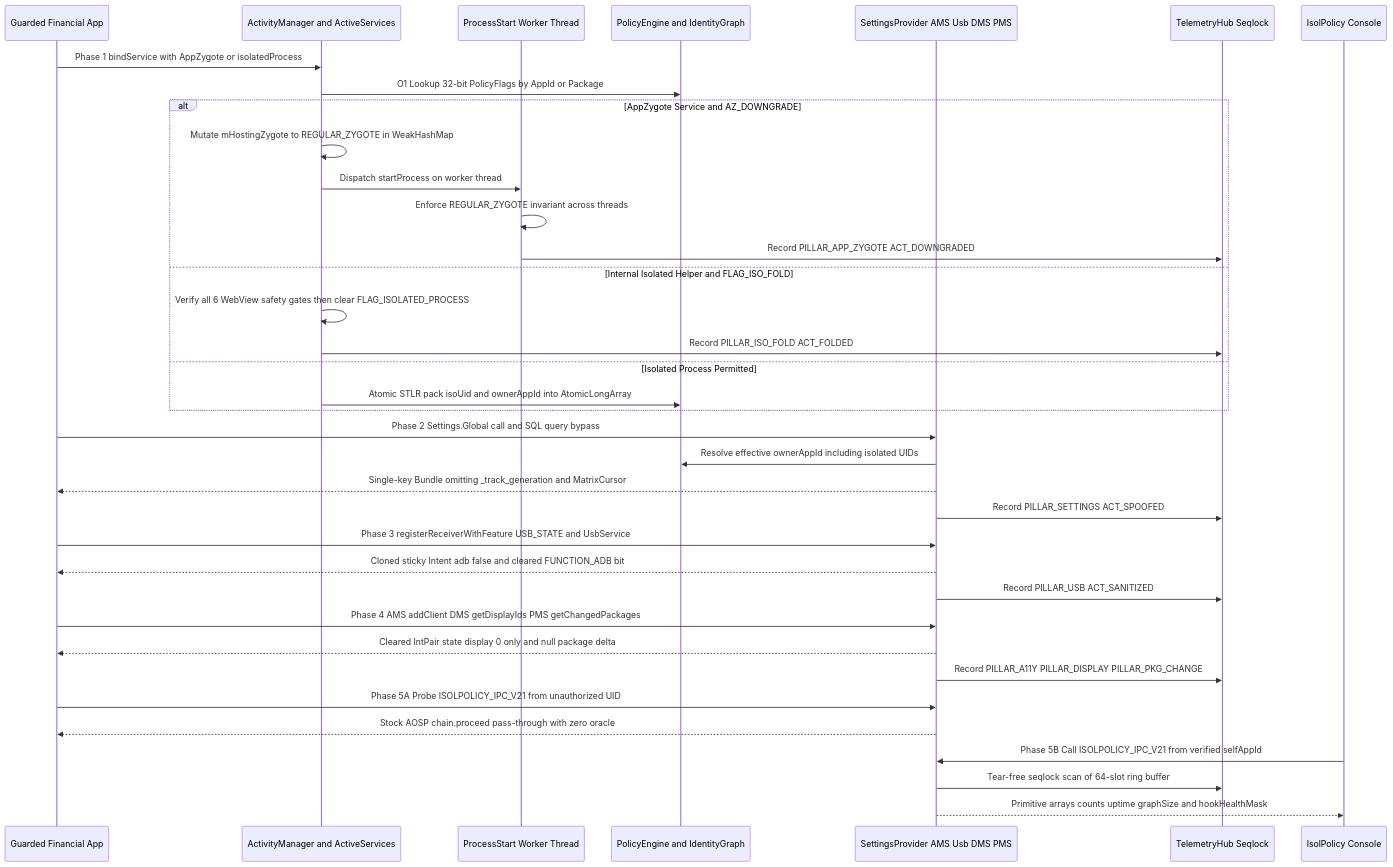
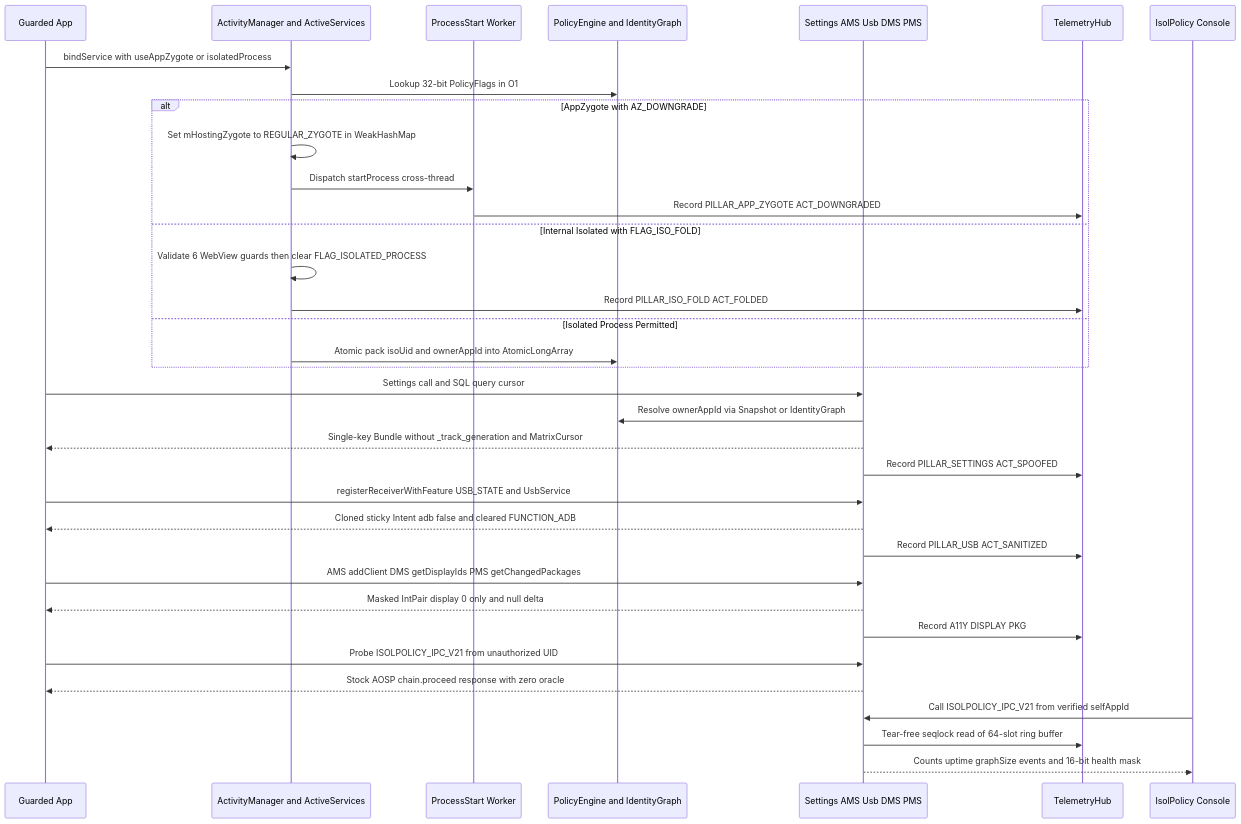
The second of 3 diagrams in README.md (taro902/IsolPolicy-Pro), drawn with Mermaid before and after one commit. The commit also changed other lines of this file, not shown here.

Commit message:
docs: rebuild concise pure-Java v2.1.1 README without synthetic non-Java snippets [skip ci]

```diff
--- a/README.md
+++ b/README.md
@@ -528,44 +422,43 @@
 ~~~mermaid
 sequenceDiagram
-    participant App as Guarded Financial App
+    participant App as Guarded App
     participant AM as ActivityManager and ActiveServices
-    participant ProcT as ProcessStart Worker Thread
+    participant Worker as ProcessStart Worker
     participant Eng as PolicyEngine and IdentityGraph
-    participant Svc as SettingsProvider AMS Usb DMS PMS
-    participant Hub as TelemetryHub Seqlock
+    participant Svc as Settings AMS Usb DMS PMS
+    participant Hub as TelemetryHub
     participant UI as IsolPolicy Console
 
-    App->>AM: Phase 1 bindService with AppZygote or isolatedProcess
-    AM->>Eng: O1 Lookup 32-bit PolicyFlags by AppId or Package
-    alt AppZygote Service and AZ_DOWNGRADE
-        AM->>AM: Mutate mHostingZygote to REGULAR_ZYGOTE in WeakHashMap
-        AM->>ProcT: Dispatch startProcess on worker thread
-        ProcT->>ProcT: Enforce REGULAR_ZYGOTE invariant across threads
-        ProcT->>Hub: Record PILLAR_APP_ZYGOTE ACT_DOWNGRADED
-    else Internal Isolated Helper and FLAG_ISO_FOLD
-        AM->>AM: Verify all 6 WebView safety gates then clear FLAG_ISOLATED_PROCESS
+    App->>AM: bindService with useAppZygote or isolatedProcess
+    AM->>Eng: Lookup 32-bit PolicyFlags in O1
+    alt AppZygote with AZ_DOWNGRADE
+        AM->>AM: Set mHostingZygote to REGULAR_ZYGOTE in WeakHashMap
+        AM->>Worker: Dispatch startProcess cross-thread
+        Worker->>Hub: Record PILLAR_APP_ZYGOTE ACT_DOWNGRADED
+    else Internal Isolated with FLAG_ISO_FOLD
+        AM->>AM: Validate 6 WebView guards then clear FLAG_ISOLATED_PROCESS
         AM->>Hub: Record PILLAR_ISO_FOLD ACT_FOLDED
     else Isolated Process Permitted
-        AM->>Eng: Atomic STLR pack isoUid and ownerAppId into AtomicLongArray
+        AM->>Eng: Atomic pack isoUid and ownerAppId into AtomicLongArray
     end
 
-    App->>Svc: Phase 2 Settings.Global call and SQL query bypass
-    Svc->>Eng: Resolve effective ownerAppId including isolated UIDs
-    Svc-->>App: Single-key Bundle omitting _track_generation and MatrixCursor
+    App->>Svc: Settings call and SQL query cursor
+    Svc->>Eng: Resolve ownerAppId via Snapshot or IdentityGraph
+    Svc-->>App: Single-key Bundle without _track_generation and MatrixCursor
     Svc->>Hub: Record PILLAR_SETTINGS ACT_SPOOFED
 
-    App->>Svc: Phase 3 registerReceiverWithFeature USB_STATE and UsbService
-    Svc-->>App: Cloned sticky Intent adb false and cleared FUNCTION_ADB bit
+    App->>Svc: registerReceiverWithFeature USB_STATE and UsbService
+    Svc-->>App: Cloned sticky Intent adb false and cleared FUNCTION_ADB
     Svc->>Hub: Record PILLAR_USB ACT_SANITIZED
 
-    App->>Svc: Phase 4 AMS addClient DMS getDisplayIds PMS getChangedPackages
-    Svc-->>App: Cleared IntPair state display 0 only and null package delta
-    Svc->>Hub: Record PILLAR_A11Y PILLAR_DISPLAY PILLAR_PKG_CHANGE
+    App->>Svc: AMS addClient DMS getDisplayIds PMS getChangedPackages
+    Svc-->>App: Masked IntPair display 0 only and null delta
+    Svc->>Hub: Record A11Y DISPLAY PKG
 
-    App->>Svc: Phase 5A Probe ISOLPOLICY_IPC_V21 from unauthorized UID
-    Svc-->>App: Stock AOSP chain.proceed pass-through with zero oracle
+    App->>Svc: Probe ISOLPOLICY_IPC_V21 from unauthorized UID
+    Svc-->>App: Stock AOSP chain.proceed response with zero oracle
 
-    UI->>Svc: Phase 5B Call ISOLPOLICY_IPC_V21 from verified selfAppId
-    Svc->>Hub: Tear-free seqlock scan of 64-slot ring buffer
-    Svc-->>UI: Primitive arrays counts uptime graphSize and hookHealthMask
+    UI->>Svc: Call ISOLPOLICY_IPC_V21 from verified selfAppId
+    Svc->>Hub: Tear-free seqlock read of 64-slot ring buffer
+    Svc-->>UI: Counts uptime graphSize events and 16-bit health mask
 ~~~
```
